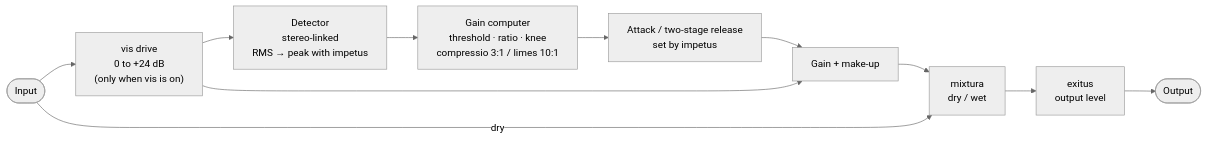
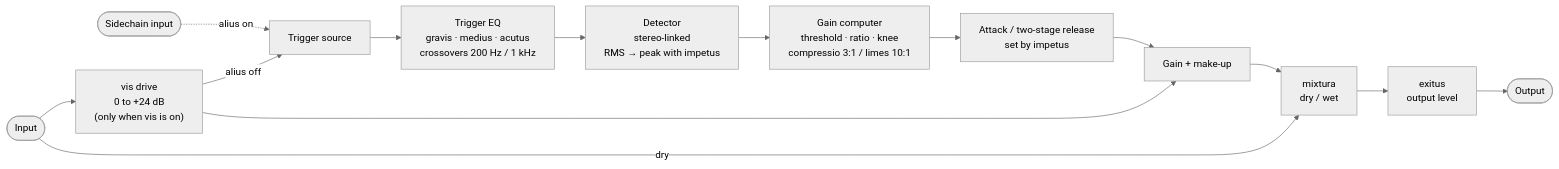
One commit to andesipa/pressura changed the diagram in README.md. Above: the diagram before and after it, drawn with Mermaid (neutral theme). The commit also changed other lines of this file and 10 other files, not shown here.

First line of the commit message:
Add sidechain input and three-band trigger EQ

````diff
--- a/README.md
+++ b/README.md
@@ -93,12 +120,15 @@
 ```mermaid
 flowchart LR
     IN([Input]) --> DRV["vis drive<br/>0 to +24 dB<br/>(only when vis is on)"]
-    DRV --> DET["Detector<br/>stereo-linked<br/>RMS → peak with impetus"]
+    SC([Sidechain input]) -. alius on .-> SRC
+    DRV -- alius off --> SRC["Trigger source"]
+    SRC --> EQ["Trigger EQ<br/>gravis · medius · acutus<br/>crossovers 200 Hz / 1 kHz"]
+    EQ --> DET["Detector<br/>stereo-linked<br/>RMS → peak with impetus"]
     DET --> GC["Gain computer<br/>threshold · ratio · knee<br/>compressio 3:1 / limes 10:1"]
     GC --> REL["Attack / two-stage release<br/>set by impetus"]
     REL --> VCA["Gain + make-up"]
     DRV --> VCA
     VCA --> MIX["mixtura<br/>dry / wet"]
     IN -- dry --> MIX
     MIX --> OUT["exitus<br/>output level"] --> O([Output])
 ```
````
